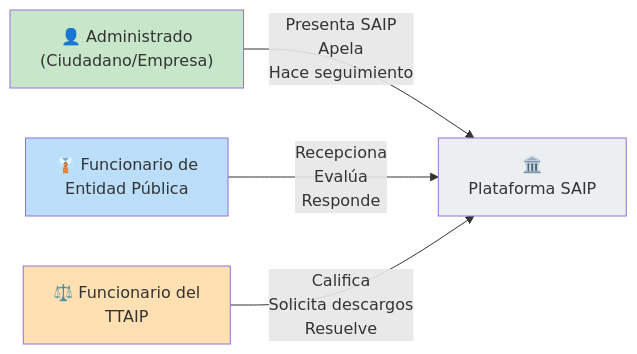
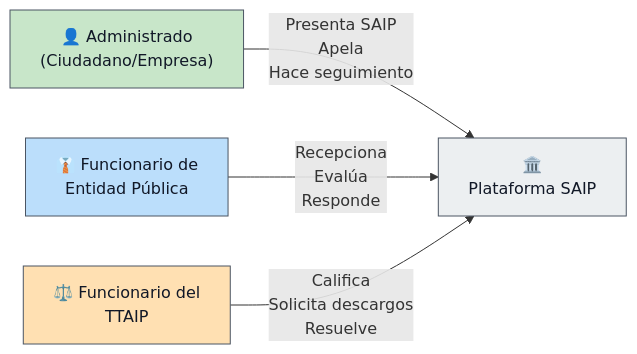
Before and after one commit to transparenciapublicadev/plataforma-saip-apelaciones: the second of 10 diagrams in docs/src/content/docs/metodologia/index.mdx, drawn with Mermaid. The commit also changed other lines of this file and 4 other files, not shown here.

First line of the commit message:
✨ feat(docs): improve Mermaid contrast and add docs CI workflow

````diff
--- a/docs/src/content/docs/metodologia/index.mdx
+++ b/docs/src/content/docs/metodologia/index.mdx
@@ -53,15 +53,15 @@
 ```mermaid
 graph LR
     CIUDADANO["👤 Administrado<br/>(Ciudadano/Empresa)"]
     FUNCIONARIO["👔 Funcionario de<br/>Entidad Pública"]
     TTAIP["⚖️ Funcionario del<br/>TTAIP"]
     
     CIUDADANO -->|"Presenta SAIP<br/>Apela<br/>Hace seguimiento"| SISTEMA["🏛️<br/>Plataforma SAIP"]
     FUNCIONARIO -->|"Recepciona<br/>Evalúa<br/>Responde"| SISTEMA
     TTAIP -->|"Califica<br/>Solicita descargos<br/>Resuelve"| SISTEMA
     
-    style CIUDADANO fill:#c8e6c9
-    style FUNCIONARIO fill:#bbdefb
-    style TTAIP fill:#ffe0b2
-    style SISTEMA fill:#eceff1
+    style CIUDADANO fill:#c8e6c9,color:#111827,stroke:#4b5563,stroke-width:1px
+    style FUNCIONARIO fill:#bbdefb,color:#111827,stroke:#4b5563,stroke-width:1px
+    style TTAIP fill:#ffe0b2,color:#111827,stroke:#4b5563,stroke-width:1px
+    style SISTEMA fill:#eceff1,color:#111827,stroke:#4b5563,stroke-width:1px
 ```
````
